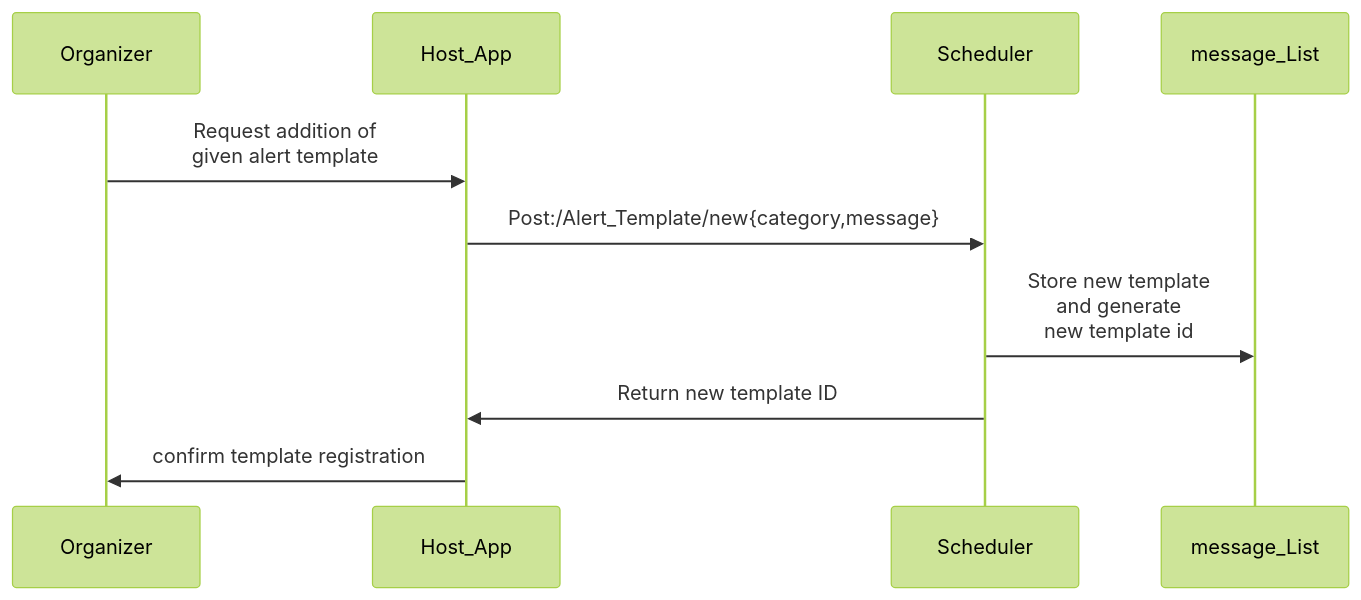
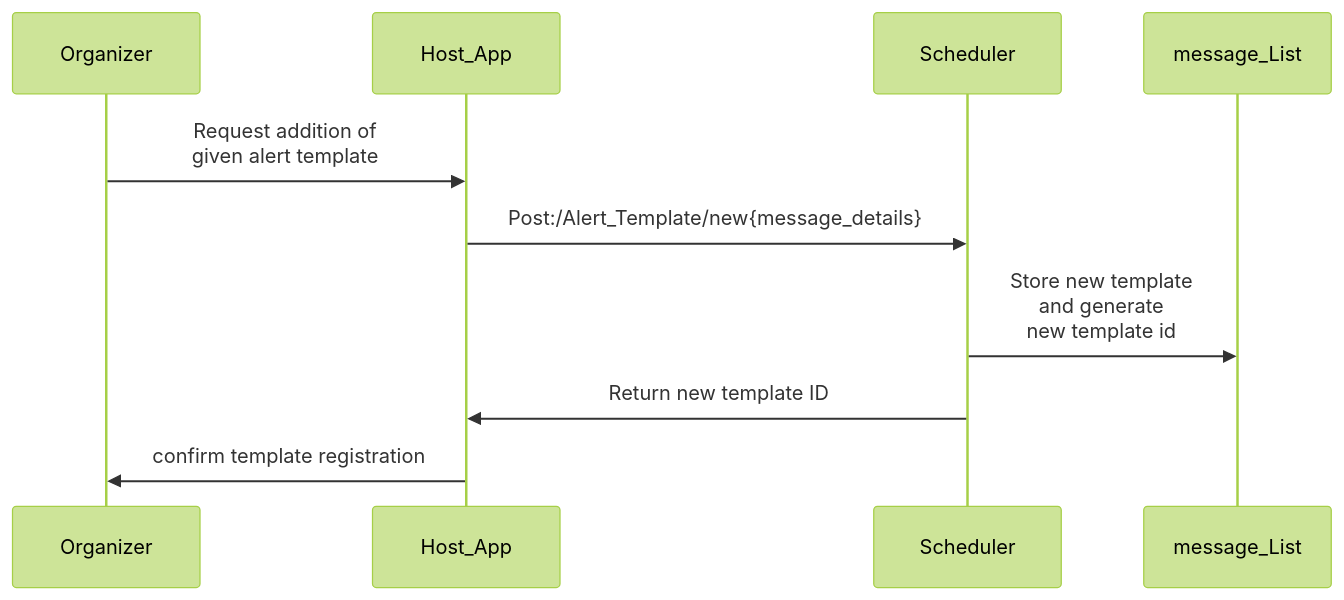
Before and after one commit to GovStackWorkingGroup/scheduler: the sixth of 14 diagrams in spec/9-workflows.md, drawn with Mermaid (forest theme). The commit also changed other lines of this file and 5 other files, not shown here.

````diff
--- a/spec/9-workflows.md
+++ b/spec/9-workflows.md
@@ -187,8 +152,8 @@
 ```mermaid
 sequenceDiagram
 Organizer->>Host_App:Request addition of<br> given alert template
-Host_App->>Scheduler:Post:/Alert_Template/new{category,message}
+Host_App->>Scheduler:Post:/Alert_Template/new{message_details}
 Scheduler->>message_List:Store new template<br> and generate <br>new template id
 Scheduler->>Host_App:Return new template ID
 Host_App->>Organizer: confirm template registration
 ```
````
